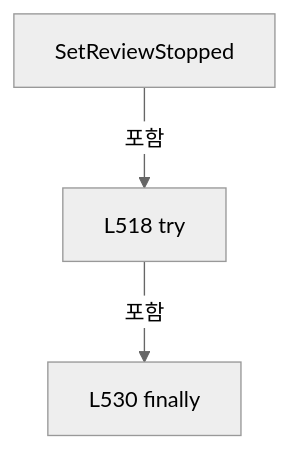
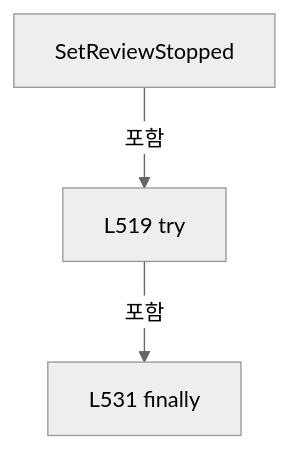
One commit to kjuws10-rgb/Shared changed diagram 15 of 27 in A3 LD Code Ref/files/Drilling.Common/Product/CProductManager.cs.md. Above: the diagram before and after it, drawn with Mermaid (neutral theme). The commit also changed other lines of this file and 8055 other files, not shown here.

Commit message:
docs(a3): trace Stage Glass Data and refresh architecture and full code reference

````diff
--- a/A3 LD Code Ref/files/Drilling.Common/Product/CProductManager.cs.md
+++ b/A3 LD Code Ref/files/Drilling.Common/Product/CProductManager.cs.md
@@ -1831,8 +1832,8 @@
 ```mermaid
 flowchart TD
  M["SetReviewStopped"]
- N0["L518 try"]
+ N0["L519 try"]
  M -->|포함| N0
- N1["L530 finally"]
+ N1["L531 finally"]
  N0 -->|포함| N1
 ```
````
